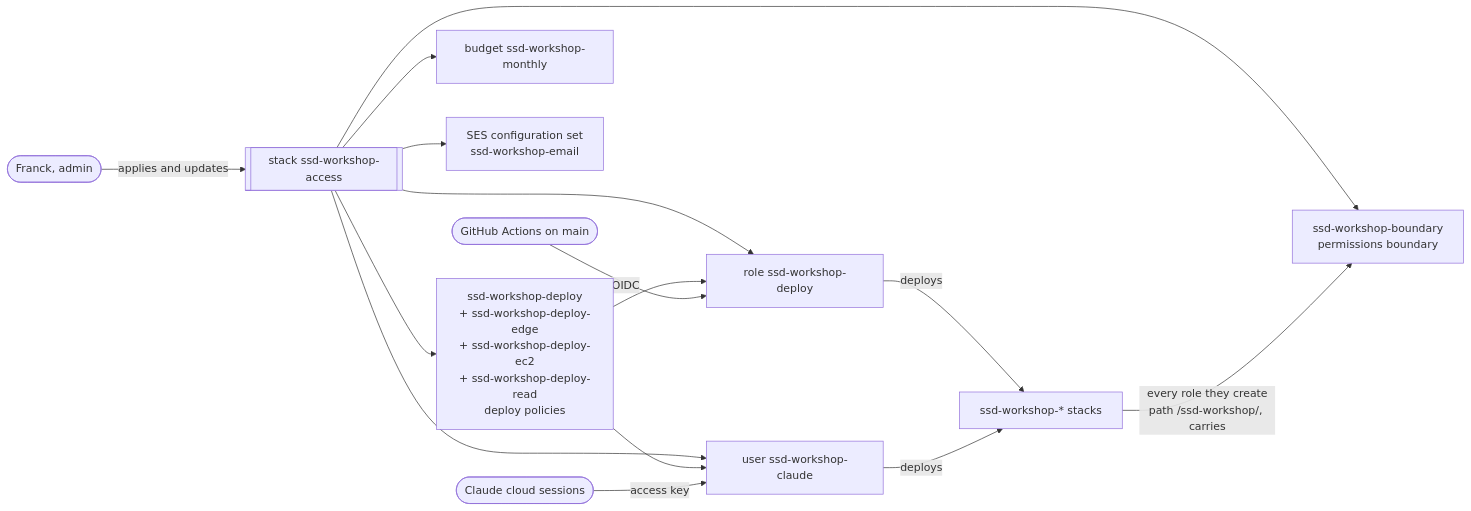
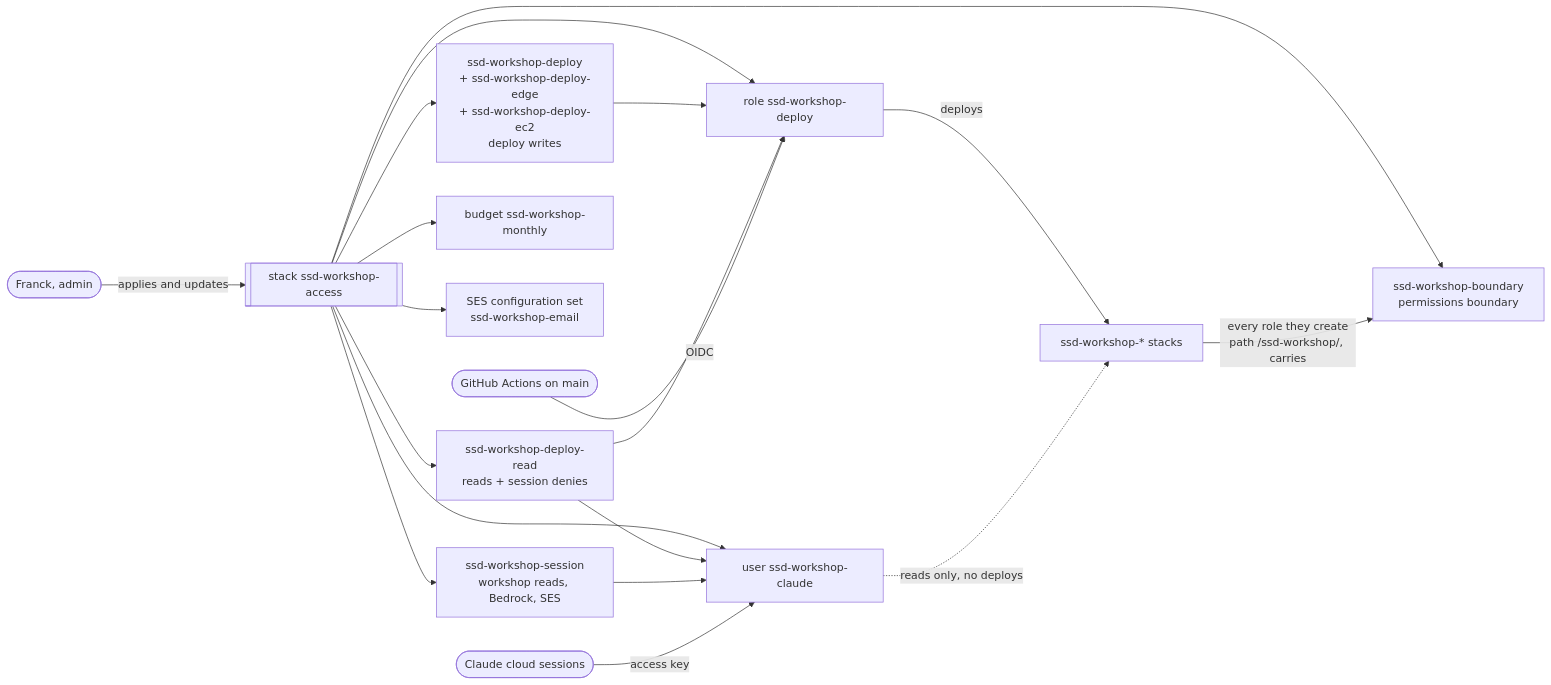
The first of 4 diagrams in infra/access/README.md (kifbv/ssd-workshop), drawn with Mermaid before and after one commit. The commit also changed other lines of this file and 7 other files, not shown here.

First line of the commit message:
Ticket 2.12: Claude sessions read-only (access stack, Franck applies)

````diff
--- a/infra/access/README.md
+++ b/infra/access/README.md
@@ -15,17 +18,21 @@
 ```mermaid
 flowchart LR
   Franck([Franck, admin]) -- applies and updates --> Stack[[stack ssd-workshop-access]]
   Stack --> Boundary[ssd-workshop-boundary<br/>permissions boundary]
-  Stack --> Deploy[ssd-workshop-deploy<br/>+ ssd-workshop-deploy-edge<br/>+ ssd-workshop-deploy-ec2<br/>+ ssd-workshop-deploy-read<br/>deploy policies]
+  Stack --> Deploy[ssd-workshop-deploy<br/>+ ssd-workshop-deploy-edge<br/>+ ssd-workshop-deploy-ec2<br/>deploy writes]
+  Stack --> Read[ssd-workshop-deploy-read<br/>reads + session denies]
+  Stack --> Session[ssd-workshop-session<br/>workshop reads, Bedrock, SES]
   Stack --> Role[role ssd-workshop-deploy]
   Stack --> User[user ssd-workshop-claude]
   Stack --> Budget[budget ssd-workshop-monthly]
   Stack --> ConfigSet[SES configuration set<br/>ssd-workshop-email]
   Deploy --> Role
-  Deploy --> User
+  Read --> Role
+  Read --> User
+  Session --> User
   GHA([GitHub Actions on main]) -- OIDC --> Role
   Claude([Claude cloud sessions]) -- access key --> User
   Role -- deploys --> WS[ssd-workshop-* stacks]
-  User -- deploys --> WS
+  User -. reads only, no deploys .-> WS
   WS -- every role they create<br/>path /ssd-workshop/, carries --> Boundary
 ```
````
